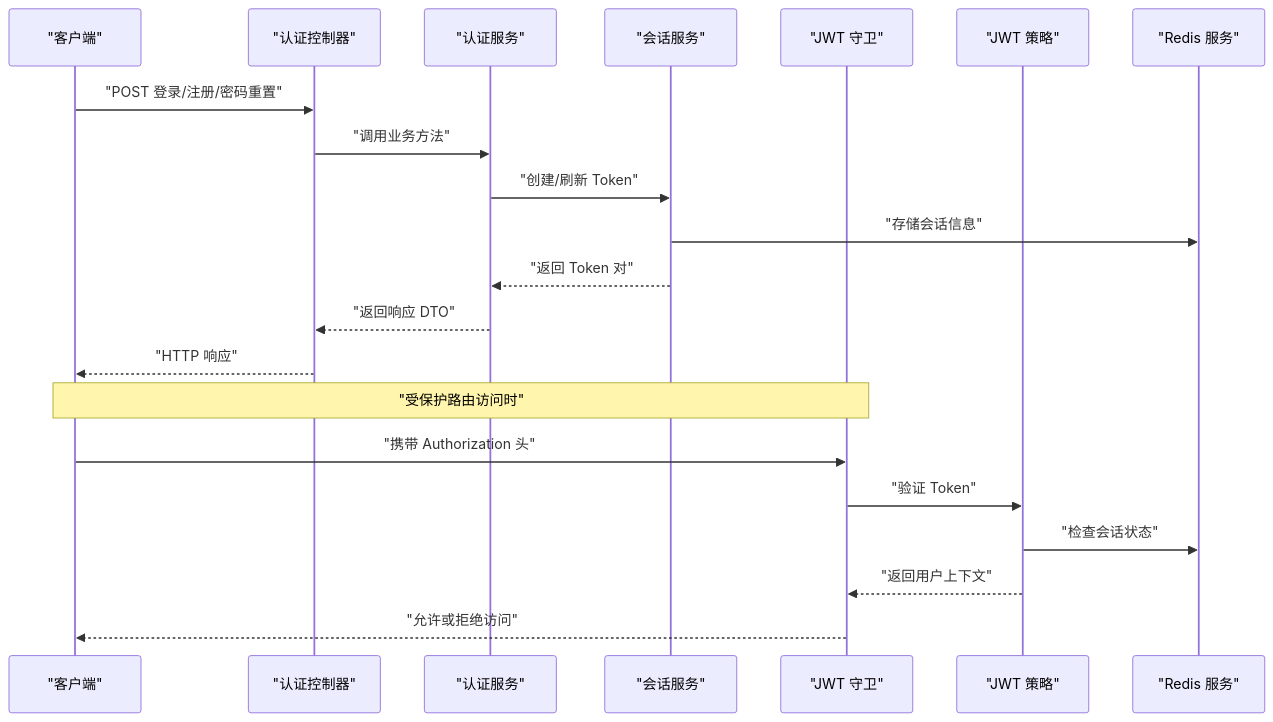
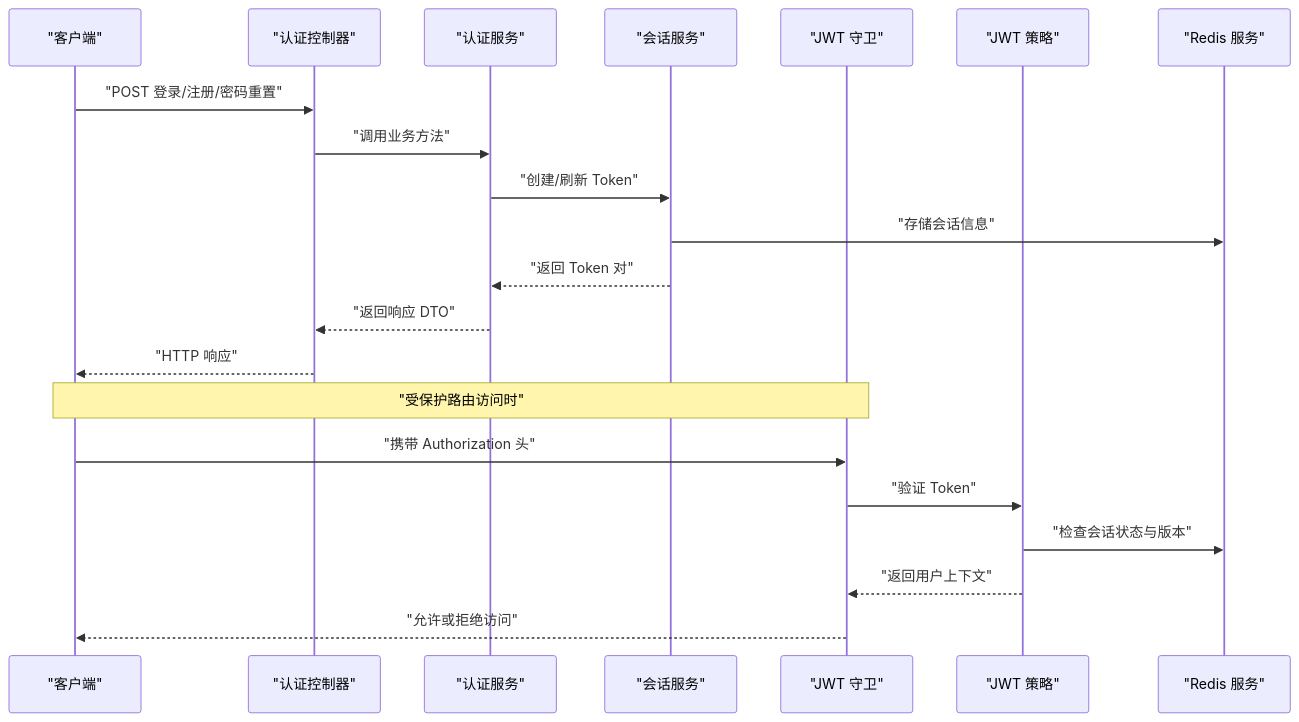
One commit to rc558620/purelyprofit-server changed the second of 14 diagrams in .qoder/repowiki/zh/content/认证授权系统/JWT 认证机制.md. Above: the diagram before and after it, drawn with Mermaid. The commit also changed other lines of this file and 164 other files, not shown here.

````diff
--- a/.qoder/repowiki/zh/content/认证授权系统/JWT 认证机制.md
+++ b/.qoder/repowiki/zh/content/认证授权系统/JWT 认证机制.md
@@ -109,23 +110,23 @@
 ```mermaid
 sequenceDiagram
 participant Client as "客户端"
 participant Ctrl as "认证控制器"
 participant AuthSvc as "认证服务"
 participant SessionSvc as "会话服务"
 participant Guard as "JWT 守卫"
 participant Strategy as "JWT 策略"
 participant Redis as "Redis 服务"
 Client->>Ctrl : "POST 登录/注册/密码重置"
 Ctrl->>AuthSvc : "调用业务方法"
 AuthSvc->>SessionSvc : "创建/刷新 Token"
 SessionSvc->>Redis : "存储会话信息"
 SessionSvc-->>AuthSvc : "返回 Token 对"
 AuthSvc-->>Ctrl : "返回响应 DTO"
 Ctrl-->>Client : "HTTP 响应"
 Note over Client,Guard : "受保护路由访问时"
 Client->>Guard : "携带 Authorization 头"
 Guard->>Strategy : "验证 Token"
-Strategy->>Redis : "检查会话状态"
+Strategy->>Redis : "检查会话状态与版本"
 Strategy-->>Guard : "返回用户上下文"
 Guard-->>Client : "允许或拒绝访问"
 ```
````
